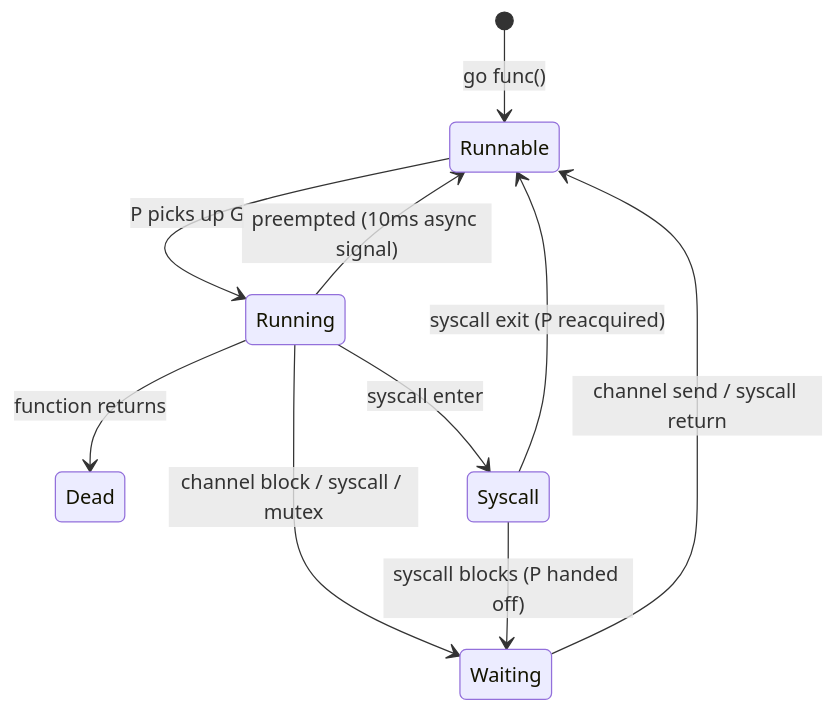
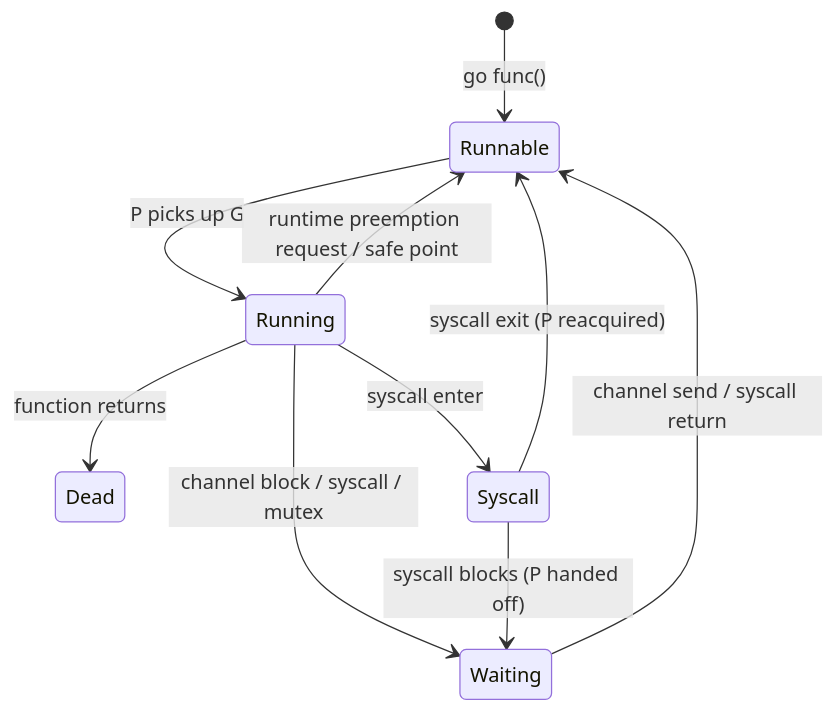
One commit to choisimo/document changed the third of 34 diagrams in content/docs/books/cs-reference/ko/programming-languages-internals.md. Above: the diagram before and after it, drawn with Mermaid. The commit also changed other lines of this file and 504 other files, not shown here.

````diff
--- a/content/docs/books/cs-reference/ko/programming-languages-internals.md
+++ b/content/docs/books/cs-reference/ko/programming-languages-internals.md
@@ -50,12 +58,12 @@
 ```mermaid
 stateDiagram-v2
     [*] --> Runnable: go func()
     Runnable --> Running: P picks up G
-    Running --> Runnable: preempted (10ms async signal)
+    Running --> Runnable: runtime preemption request / safe point
     Running --> Waiting: channel block / syscall / mutex
     Waiting --> Runnable: channel send / syscall return
     Running --> Dead: function returns
     Running --> Syscall: syscall enter
     Syscall --> Runnable: syscall exit (P reacquired)
     Syscall --> Waiting: syscall blocks (P handed off)
 ```
````
